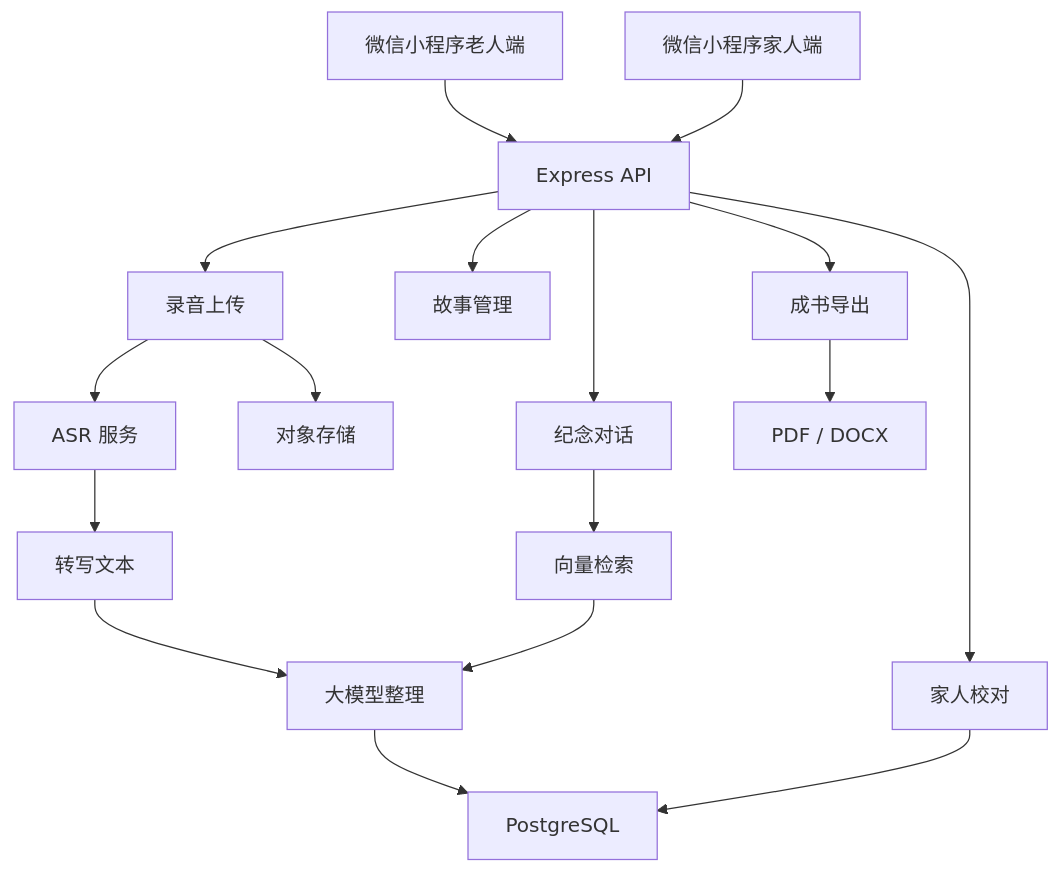
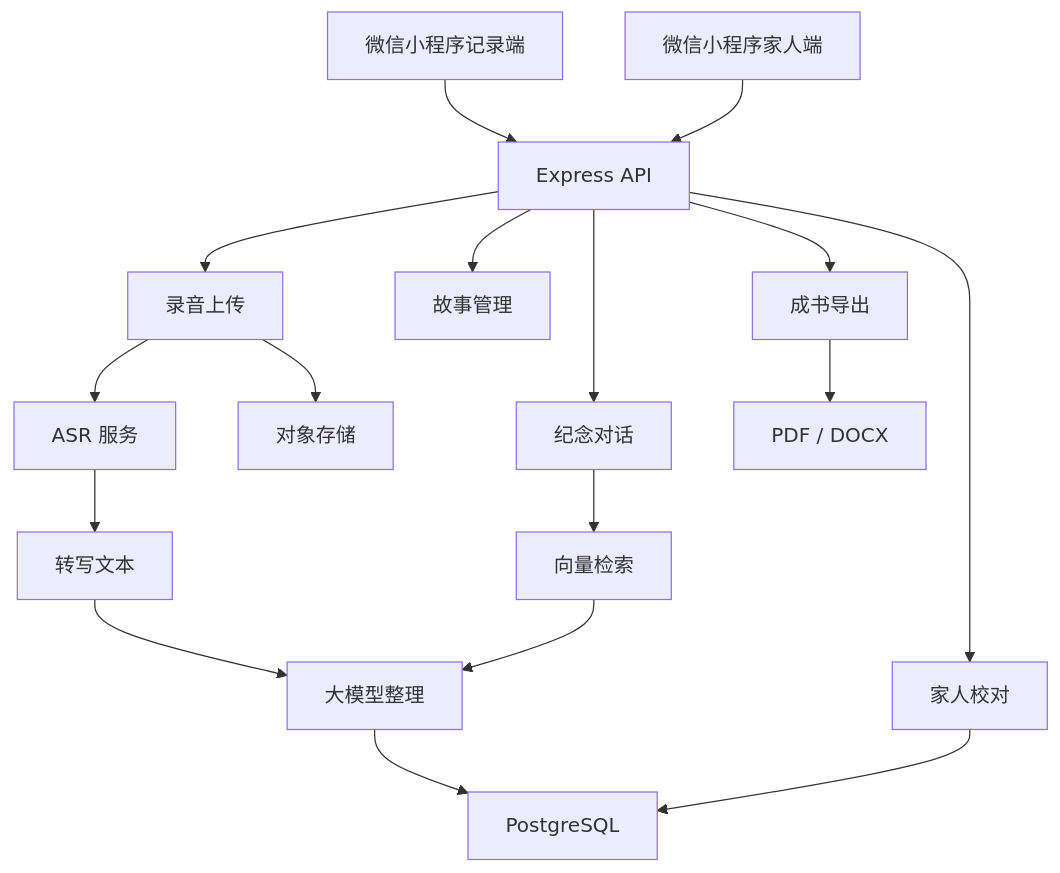
The diagram in docs/architecture.md (ChunnX/kshyl), drawn with Mermaid before and after one commit. The commit also changed other lines of this file and 44 other files, not shown here.

````diff
--- a/docs/architecture.md
+++ b/docs/architecture.md
@@ -15,19 +15,19 @@
 ```mermaid
 flowchart TD
-    A["微信小程序老人端"] --> B["Express API"]
+    A["微信小程序记录端"] --> B["Express API"]
     C["微信小程序家人端"] --> B
     B --> D["录音上传"]
     B --> E["故事管理"]
     B --> F["家人校对"]
     B --> G["成书导出"]
     B --> H["纪念对话"]
     D --> I["对象存储"]
     D --> J["ASR 服务"]
     J --> K["转写文本"]
     K --> L["大模型整理"]
     L --> M["PostgreSQL"]
     F --> M
     G --> N["PDF / DOCX"]
     H --> O["向量检索"]
     O --> L
 ```
````
